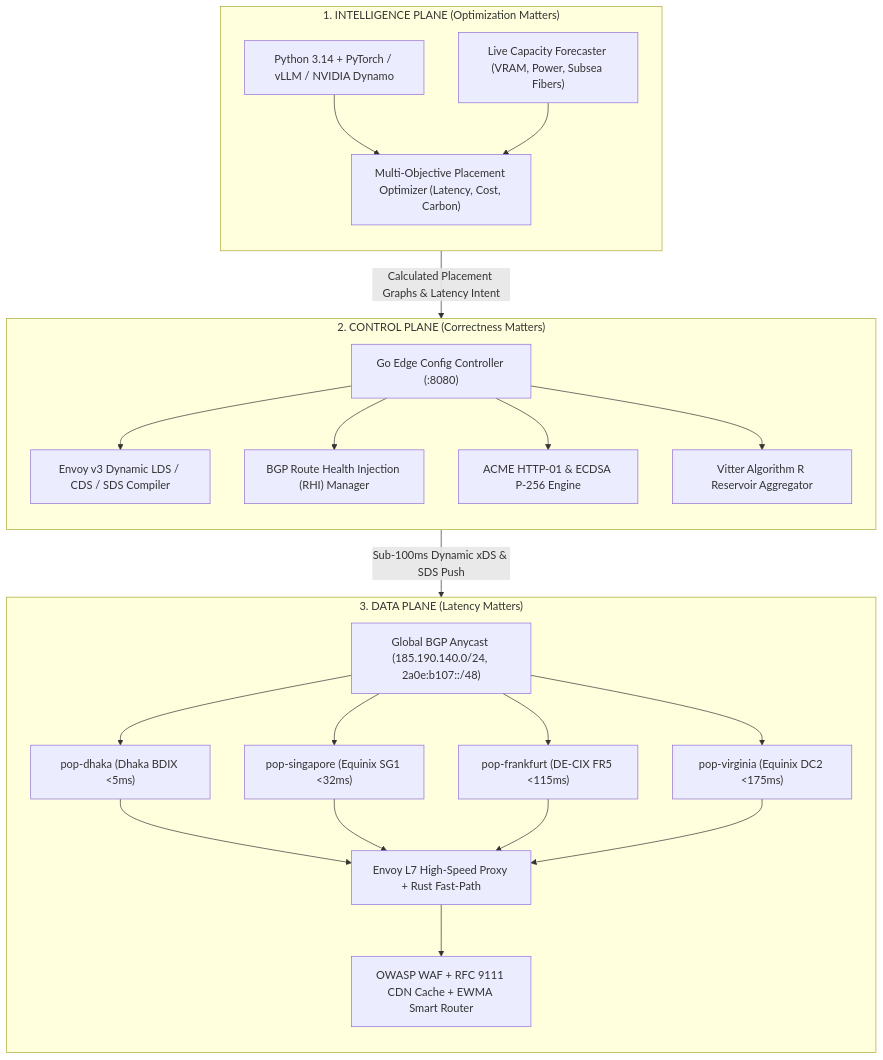
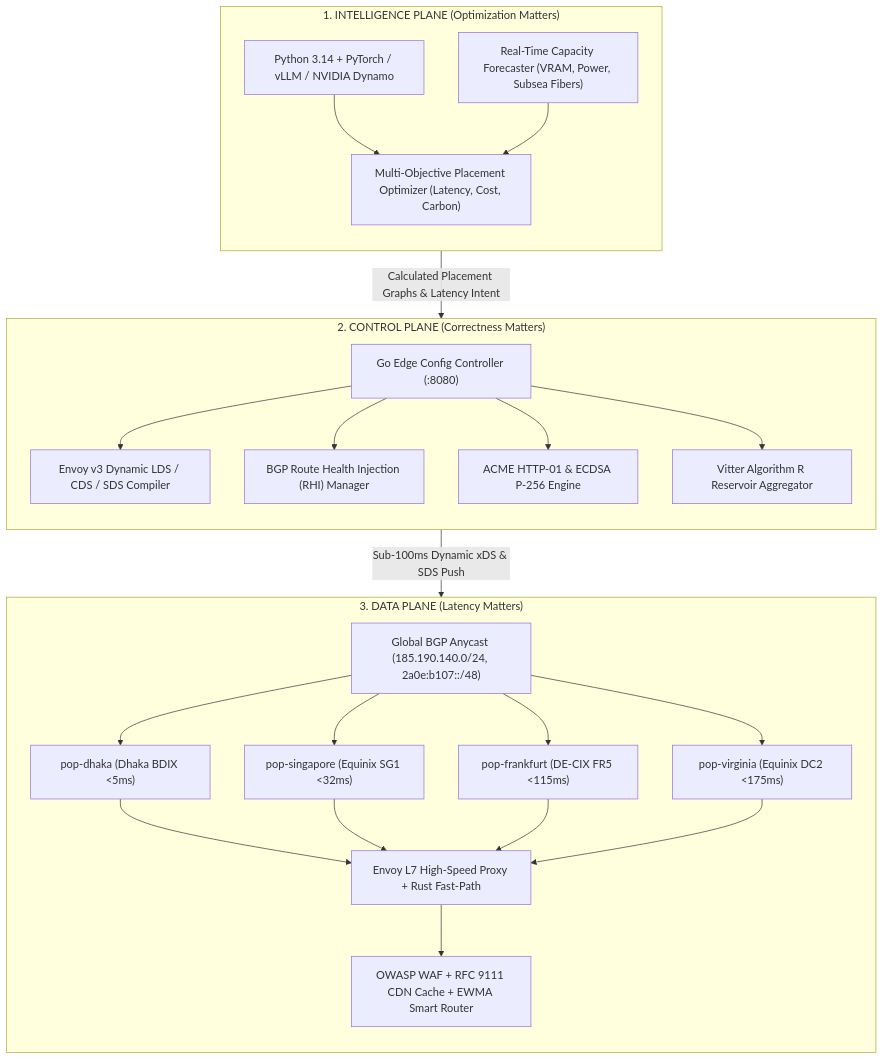
One commit to iammahmudhasan/Global-Infrastructure changed the diagram in README.md. Above: the diagram before and after it, drawn with Mermaid. The commit also changed other lines of this file, not shown here.

````diff
--- a/README.md
+++ b/README.md
@@ -31,48 +68,48 @@
 ```mermaid
 graph TD
     subgraph IntelligencePlane["1. INTELLIGENCE PLANE (Optimization Matters)"]
         direction TB
         PyModels["Python 3.14 + PyTorch / vLLM / NVIDIA Dynamo"]
-        CapacityEngine["Live Capacity Forecaster (VRAM, Power, Subsea Fibers)"]
+        CapacityEngine["Real-Time Capacity Forecaster (VRAM, Power, Subsea Fibers)"]
         WorkloadOptimizer["Multi-Objective Placement Optimizer (Latency, Cost, Carbon)"]
         PyModels --> WorkloadOptimizer
         CapacityEngine --> WorkloadOptimizer
     end
 
     subgraph ControlPlane["2. CONTROL PLANE (Correctness Matters)"]
         direction TB
         EdgeController["Go Edge Config Controller (:8080)"]
         Compiler["Envoy v3 Dynamic LDS / CDS / SDS Compiler"]
         AnycastManager["BGP Route Health Injection (RHI) Manager"]
         CertManager["ACME HTTP-01 & ECDSA P-256 Engine"]
         AnalyticsStore["Vitter Algorithm R Reservoir Aggregator"]
         EdgeController --> Compiler
         EdgeController --> AnycastManager
         EdgeController --> CertManager
         EdgeController --> AnalyticsStore
     end
 
     subgraph DataPlane["3. DATA PLANE (Latency Matters)"]
         direction TB
         AnycastBGP["Global BGP Anycast (185.190.140.0/24, 2a0e:b107::/48)"]
         PoPDhaka["pop-dhaka (Dhaka BDIX <5ms)"]
         PoPSG["pop-singapore (Equinix SG1 <32ms)"]
         PoPFRA["pop-frankfurt (DE-CIX FR5 <115ms)"]
         PoPIAD["pop-virginia (Equinix DC2 <175ms)"]
         EnvoyL7["Envoy L7 High-Speed Proxy + Rust Fast-Path"]
         FastPathEngine["OWASP WAF + RFC 9111 CDN Cache + EWMA Smart Router"]
         
         AnycastBGP --> PoPDhaka
         AnycastBGP --> PoPSG
         AnycastBGP --> PoPFRA
         AnycastBGP --> PoPIAD
         PoPDhaka --> EnvoyL7
         PoPSG --> EnvoyL7
         PoPFRA --> EnvoyL7
         PoPIAD --> EnvoyL7
         EnvoyL7 --> FastPathEngine
     end
 
     IntelligencePlane -->|Calculated Placement Graphs & Latency Intent| ControlPlane
     ControlPlane -->|Sub-100ms Dynamic xDS & SDS Push| DataPlane
 ```
````
